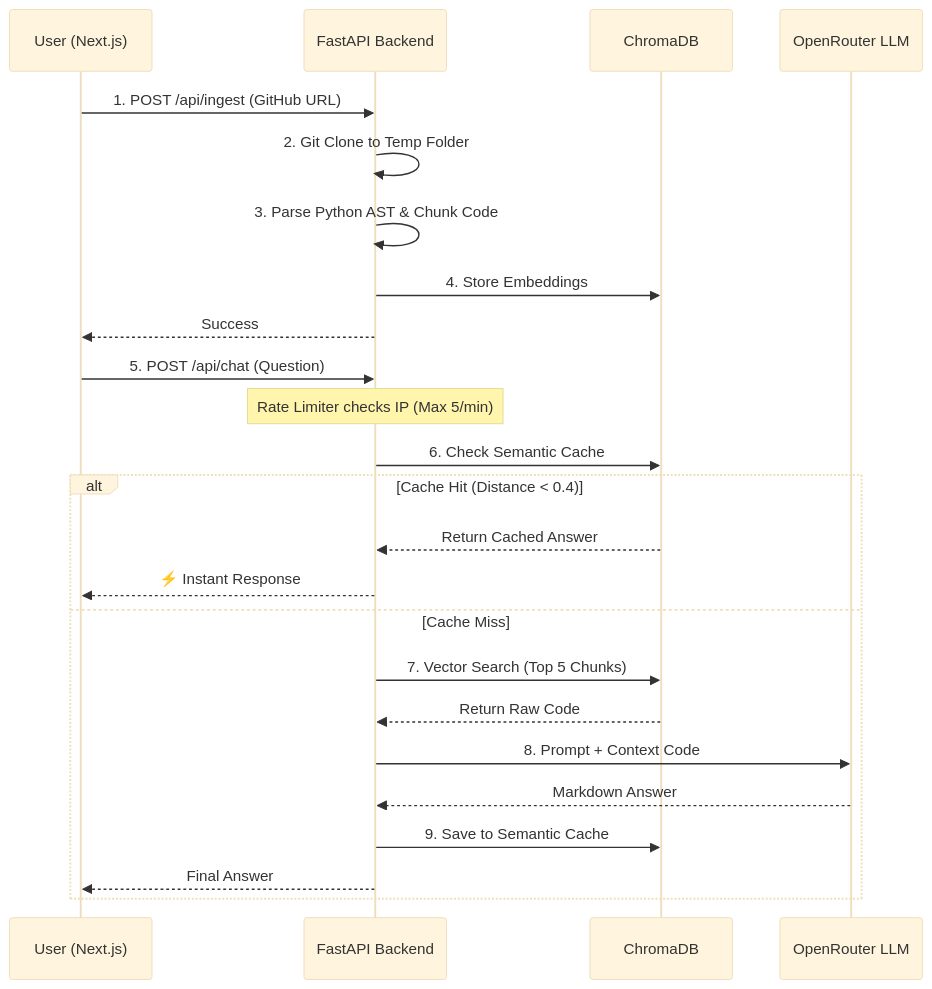
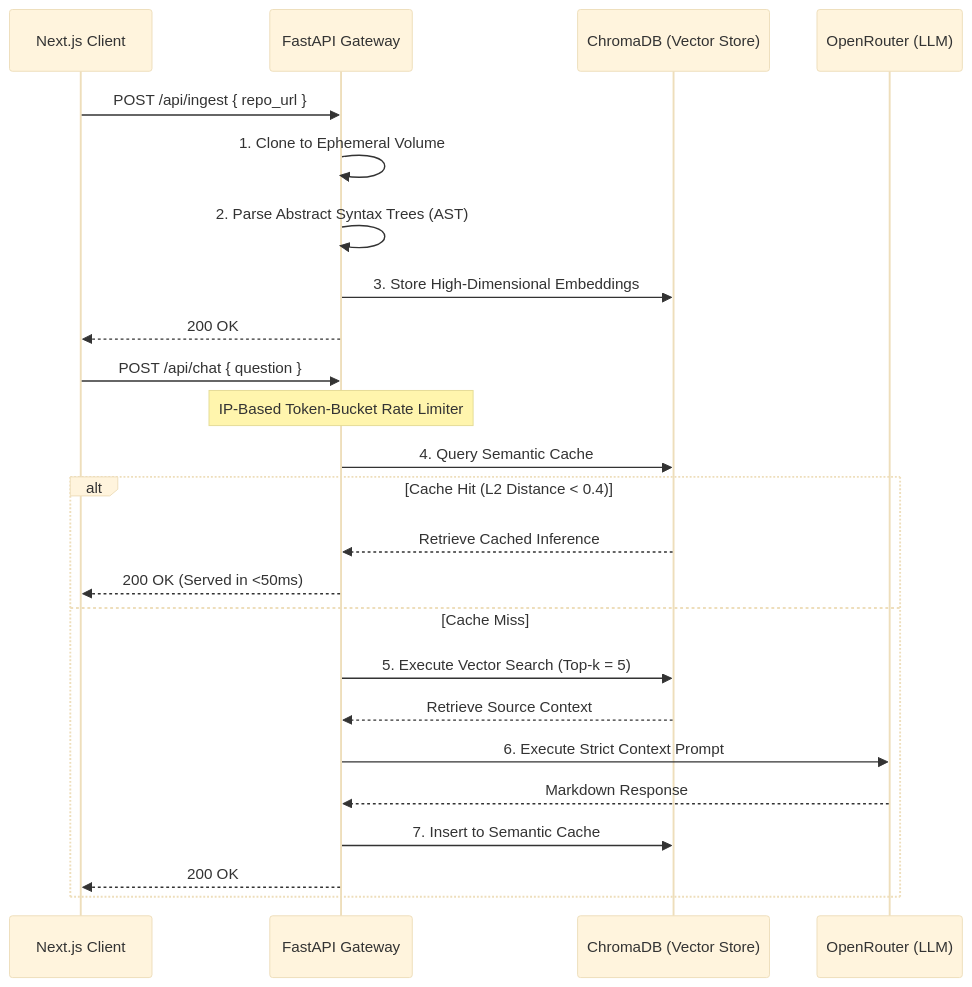
Before and after one commit to anjalii40/OnBoarding-Agent: the diagram in README.md, drawn with Mermaid (base theme). The commit also changed other lines of this file, not shown here.

````diff
--- a/README.md
+++ b/README.md
@@ -27,29 +23,29 @@
 ```mermaid
 sequenceDiagram
-    participant U as User (Next.js)
-    participant B as FastAPI Backend
-    participant C as ChromaDB
-    participant L as OpenRouter LLM
+    participant Client as Next.js Client
+    participant API as FastAPI Gateway
+    participant DB as ChromaDB (Vector Store)
+    participant LLM as OpenRouter (LLM)
 
-    U->>B: 1. POST /api/ingest (GitHub URL)
-    B->>B: 2. Git Clone to Temp Folder
-    B->>B: 3. Parse Python AST & Chunk Code
-    B->>C: 4. Store Embeddings
-    B-->>U: Success
+    Client->>API: POST /api/ingest { repo_url }
+    API->>API: 1. Clone to Ephemeral Volume
+    API->>API: 2. Parse Abstract Syntax Trees (AST)
+    API->>DB: 3. Store High-Dimensional Embeddings
+    API-->>Client: 200 OK
 
-    U->>B: 5. POST /api/chat (Question)
-    Note over B: Rate Limiter checks IP (Max 5/min)
-    B->>C: 6. Check Semantic Cache
+    Client->>API: POST /api/chat { question }
+    Note over API: IP-Based Token-Bucket Rate Limiter
+    API->>DB: 4. Query Semantic Cache
     
-    alt Cache Hit (Distance < 0.4)
-        C-->>B: Return Cached Answer
-        B-->>U: ⚡ Instant Response
+    alt Cache Hit (L2 Distance < 0.4)
+        DB-->>API: Retrieve Cached Inference
+        API-->>Client: 200 OK (Served in <50ms)
     else Cache Miss
-        B->>C: 7. Vector Search (Top 5 Chunks)
-        C-->>B: Return Raw Code
-        B->>L: 8. Prompt + Context Code
-        L-->>B: Markdown Answer
-        B->>C: 9. Save to Semantic Cache
-        B-->>U: Final Answer
+        API->>DB: 5. Execute Vector Search (Top-k = 5)
+        DB-->>API: Retrieve Source Context
+        API->>LLM: 6. Execute Strict Context Prompt
+        LLM-->>API: Markdown Response
+        API->>DB: 7. Insert to Semantic Cache
+        API-->>Client: 200 OK
     end
 ```
````
